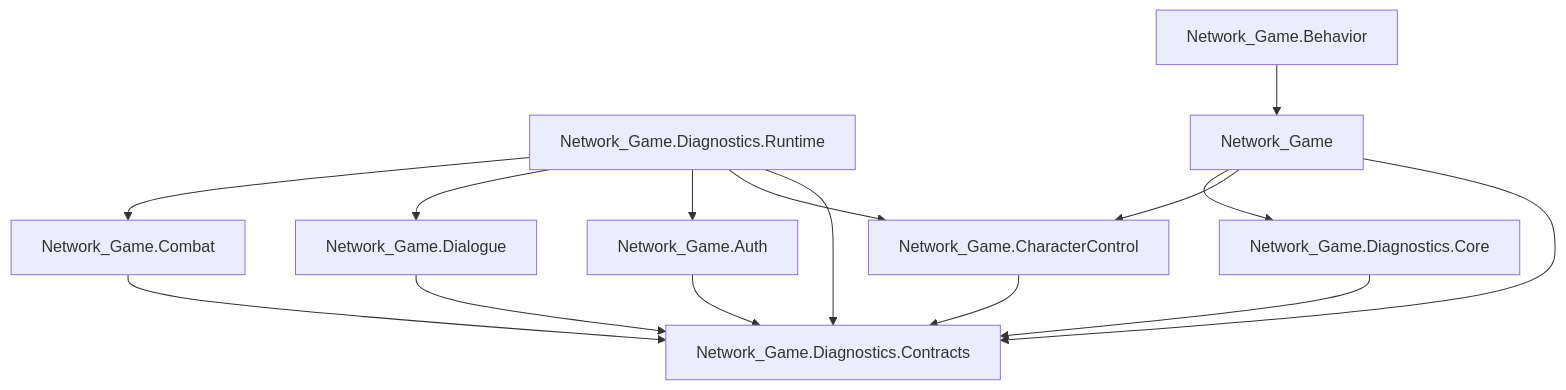
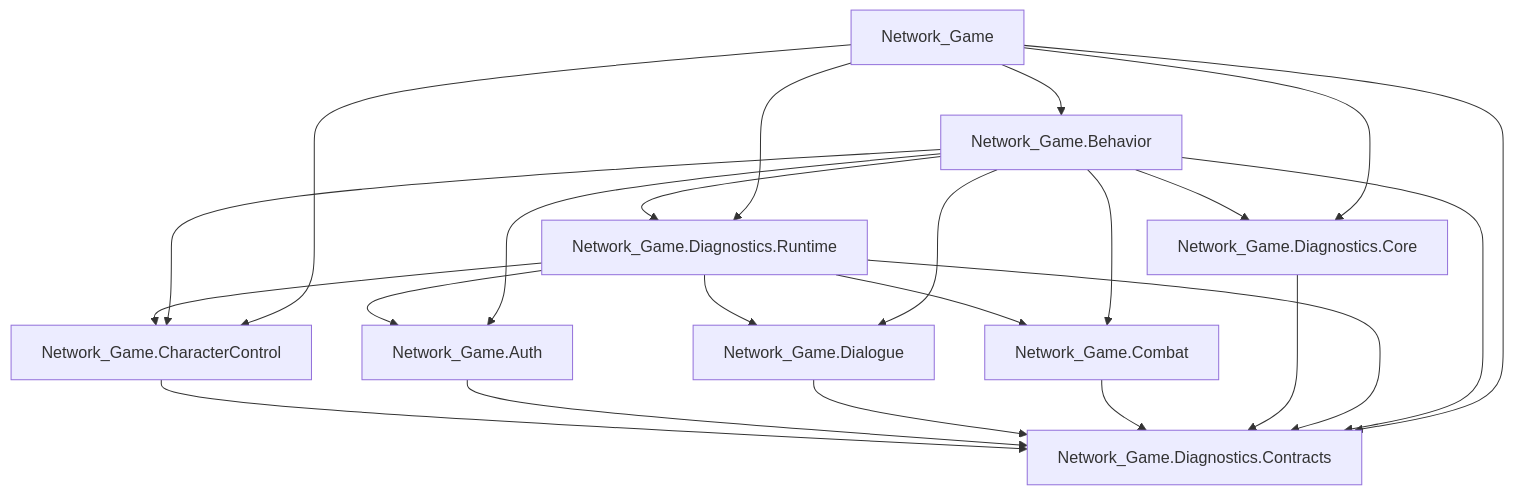
Before and after one commit to athargamedev/DevProject-Unity: the diagram in Docs/asmdef-split-plan.md, drawn with Mermaid. The commit also changed other lines of this file and 71 other files, not shown here.

````diff
--- a/Docs/asmdef-split-plan.md
+++ b/Docs/asmdef-split-plan.md
@@ -120,27 +90,35 @@
 ```mermaid
 graph TD
     C["Network_Game.Diagnostics.Contracts"]
     CC["Network_Game.CharacterControl"]
     A["Network_Game.Auth"]
     D["Network_Game.Dialogue"]
     COM["Network_Game.Combat"]
     DIAGC["Network_Game.Diagnostics.Core"]
     DIAGR["Network_Game.Diagnostics.Runtime"]
     B["Network_Game.Behavior"]
     G["Network_Game"]
 
     CC --> C
     A --> C
     D --> C
     COM --> C
     DIAGC --> C
     DIAGR --> C
+    B --> C
     DIAGR --> CC
     DIAGR --> A
     DIAGR --> D
     DIAGR --> COM
+    B --> A
+    B --> D
+    B --> DIAGC
+    B --> DIAGR
+    B --> CC
+    B --> COM
+    G --> DIAGR
     G --> C
     G --> CC
     G --> DIAGC
-    B --> G
+    G --> B
 ```
````
